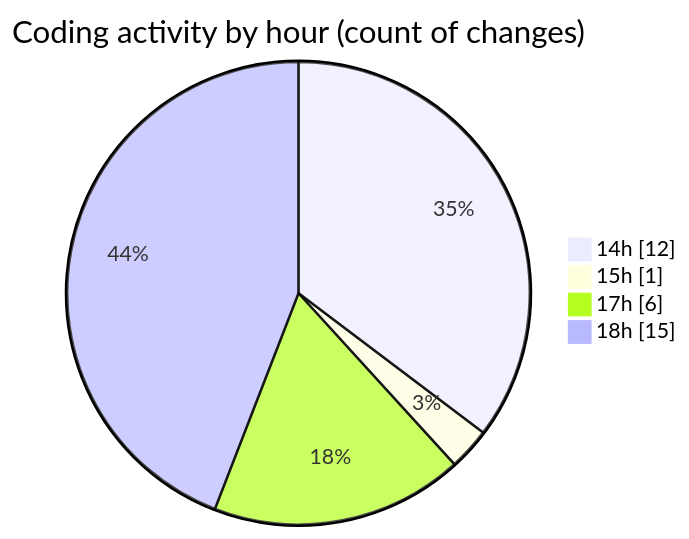
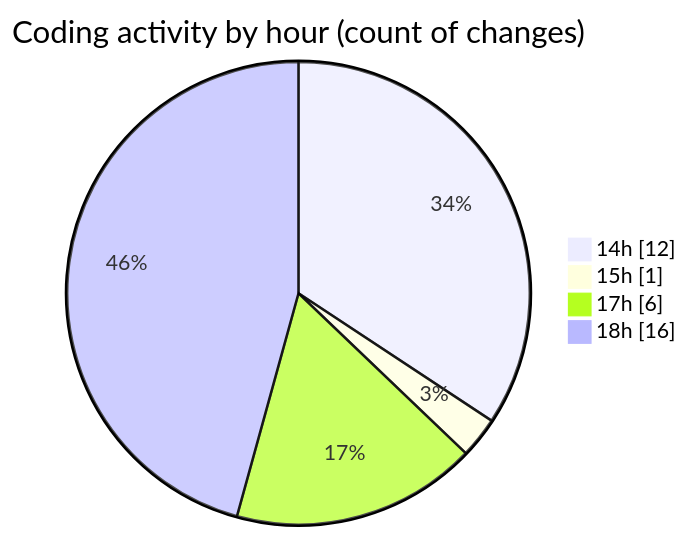
Before and after one commit to momahboobian/code-tracking: the second of 2 diagrams in 2025-12-16/cda/README.md, drawn with Mermaid. The commit also changed other lines of this file and 1 other file, not shown here.

````diff
--- a/2025-12-16/cda/README.md
+++ b/2025-12-16/cda/README.md
@@ -35,8 +35,8 @@
 ```mermaid
 pie showData
 title Coding activity by hour (count of changes)
 "14h" : 12
 "15h" : 1
 "17h" : 6
-"18h" : 15
+"18h" : 16
 ```
````
